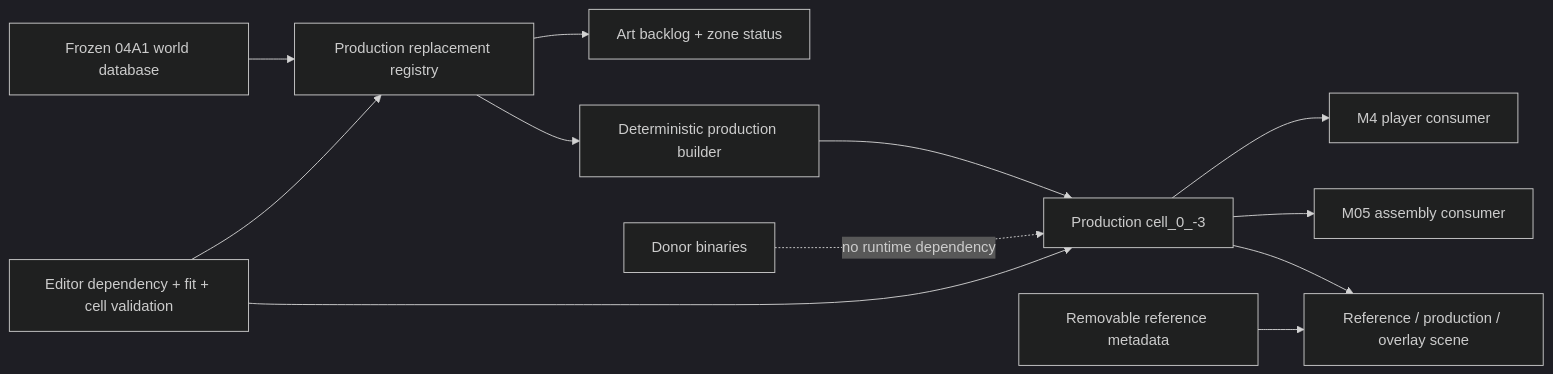
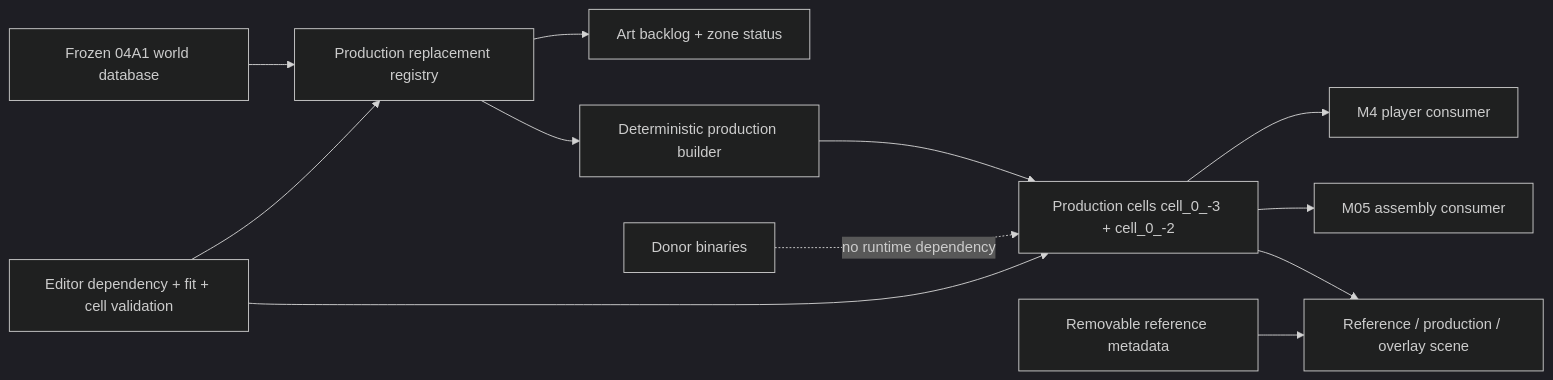
One commit to NSNull97/MySummerCar_Remake changed the ninth of 11 diagrams in Docs/Porting/SYSTEM_MAP.md. Above: the diagram before and after it, drawn with Mermaid (dark theme). The commit also changed other lines of this file and 112 other files, not shown here.

````diff
--- a/Docs/Porting/SYSTEM_MAP.md
+++ b/Docs/Porting/SYSTEM_MAP.md
@@ -218,14 +218,14 @@
 ```mermaid
 flowchart LR
     DB["Frozen 04A1 world database"] --> REG["Production replacement registry"]
     REG --> BACKLOG["Art backlog + zone status"]
     REG --> BUILD["Deterministic production builder"]
-    BUILD --> CELL["Production cell_0_-3"]
+    BUILD --> CELL["Production cells cell_0_-3 + cell_0_-2"]
     CELL --> PLAYER["M4 player consumer"]
     CELL --> ASSEMBLY["M05 assembly consumer"]
     REF["Removable reference metadata"] --> COMPARE["Reference / production / overlay scene"]
     CELL --> COMPARE
     VALIDATE["Editor dependency + fit + cell validation"] --> REG
     VALIDATE --> CELL
     DONOR["Donor binaries"] -. "no runtime dependency" .-> CELL
 ```
````
